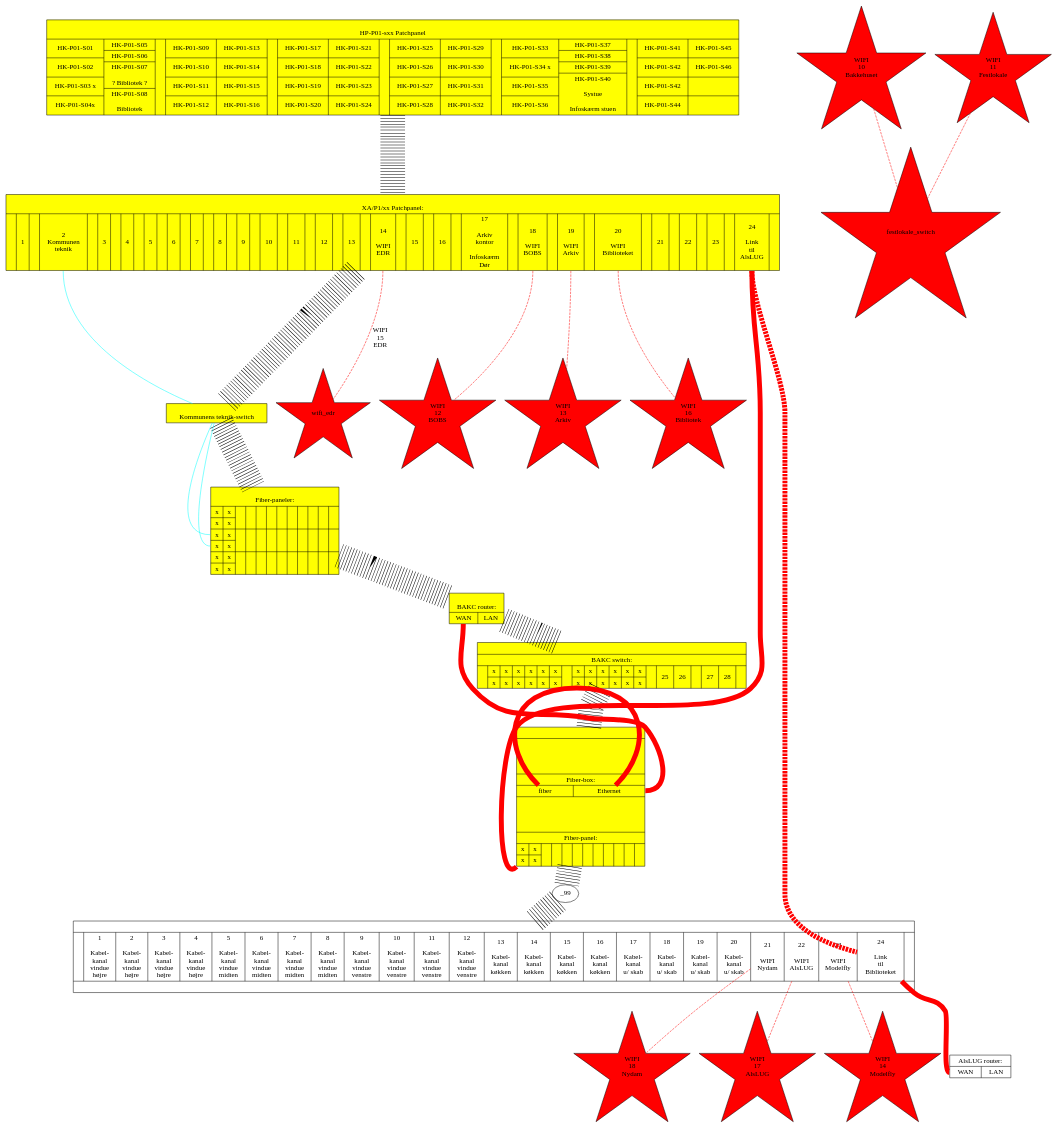
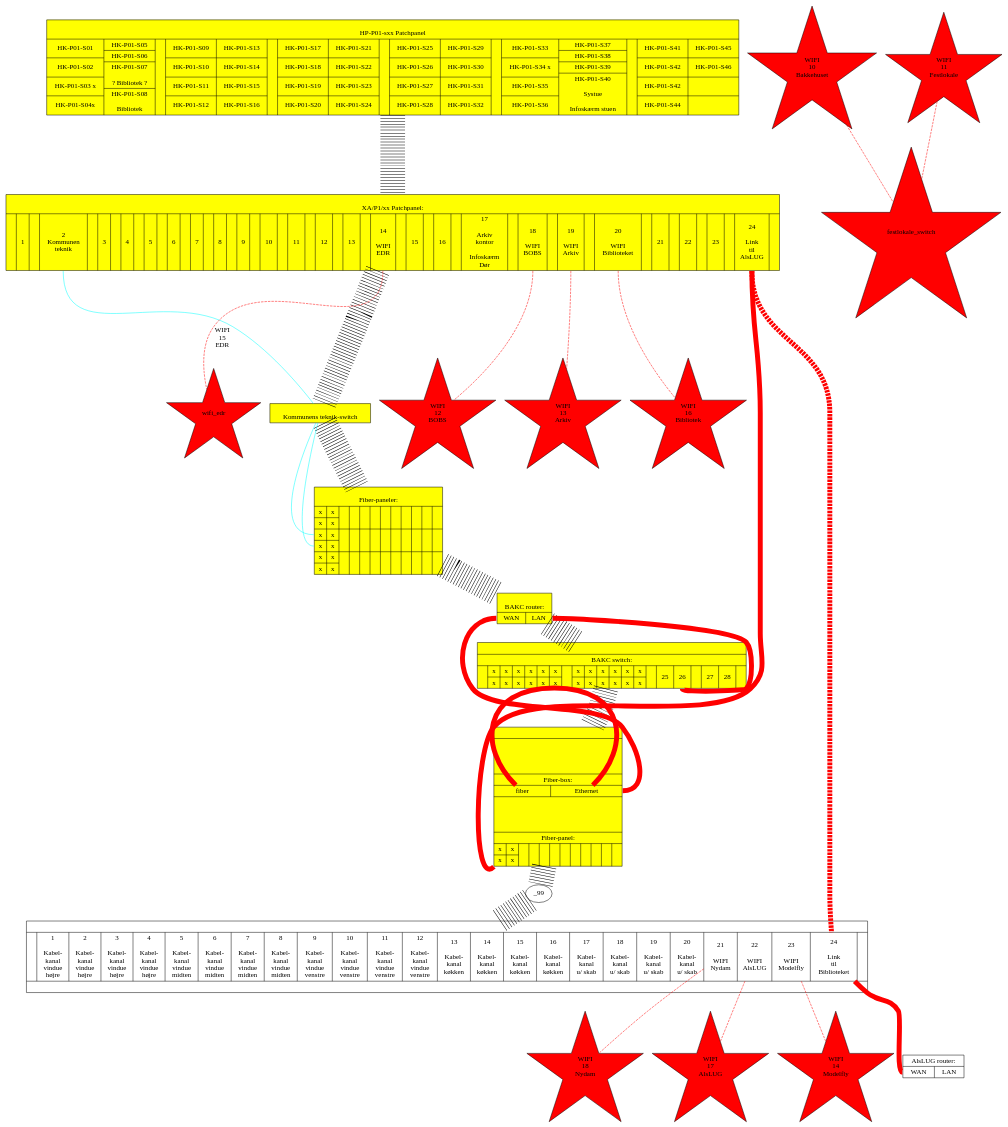
The diagram in projekter/patch-paneler.dot (alslug/alslug.dk), drawn with Graphviz before and after one commit.

```diff
--- a/projekter/patch-paneler.dot
+++ b/projekter/patch-paneler.dot
@@ -218,7 +218,7 @@
   alslug_router [ shape=record label="{AlsLUG router:|{<wan> WAN|<lan> LAN}}" ];
   
   bib_skab:stofabox_ethernet -> bakc_router:wan [ color=red penwidth=10 ];
-//  bakc_router:lan -> bib_switch:26 [ color=red penwidth=10 ];
+  bakc_router:lan -> bib_switch:26 [ color=red penwidth=10 ];
 //  bib_fiberpaneler_1:festlokale_fiber_1 -> bib_switch:fiber_1 [ color=red penwidth=10 ];
 //  bib_fiberpaneler_1:festlokale_fiber_2 -> bib_switch:fiber_1 [ color=red penwidth=10 ];
  
```
